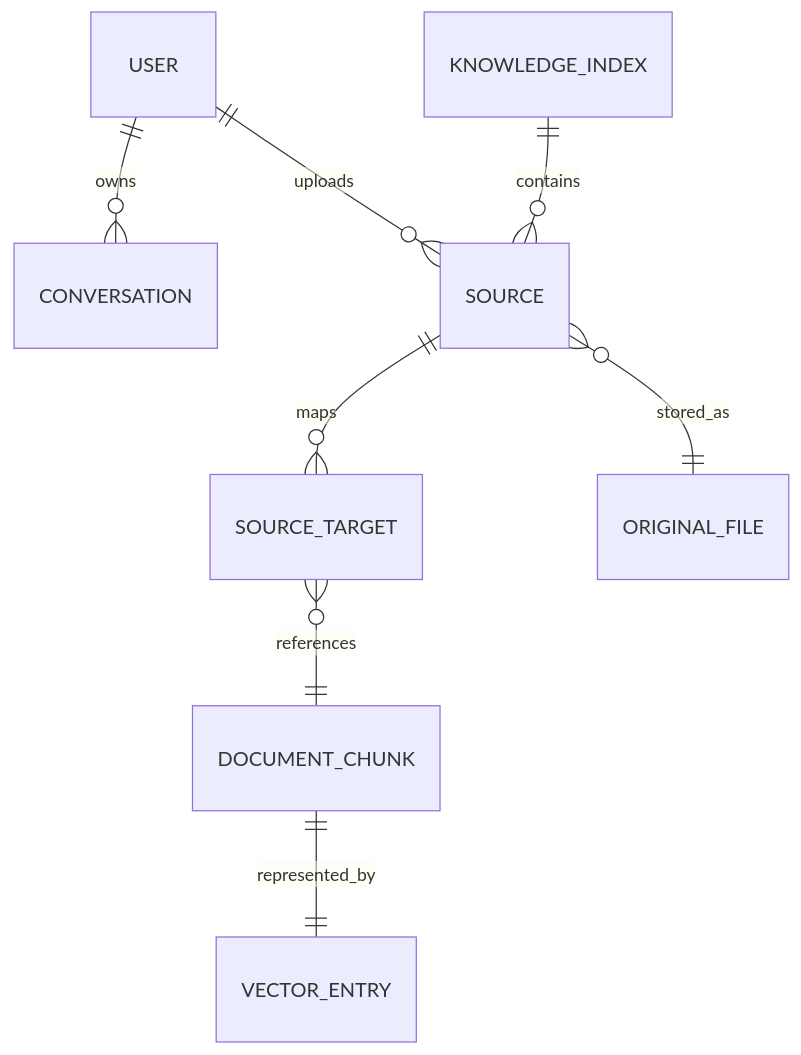
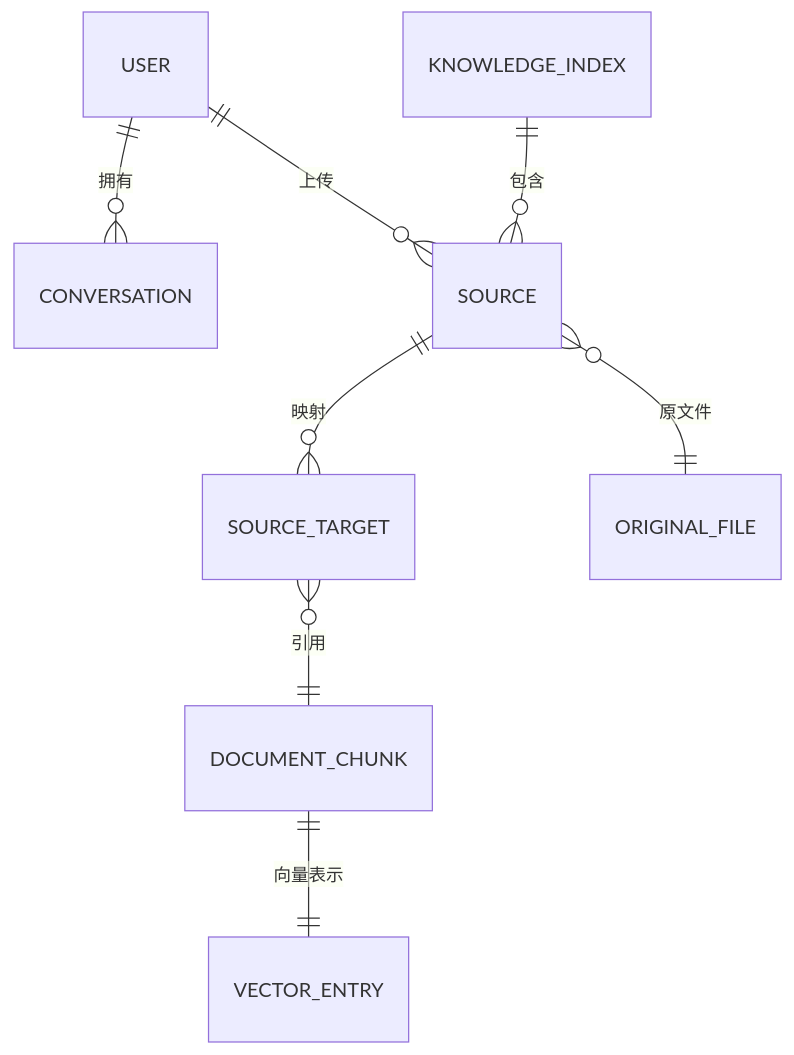
Before and after one commit to SwartzMss/knowledge-assistant: the diagram in docs/development/data-and-configuration.md, drawn with Mermaid. The commit also changed other lines of this file and 10 other files, not shown here.

````diff
--- a/docs/development/data-and-configuration.md
+++ b/docs/development/data-and-configuration.md
@@ -48,10 +44,10 @@
 ```mermaid
 erDiagram
-    USER ||--o{ CONVERSATION : owns
-    USER ||--o{ SOURCE : uploads
-    KNOWLEDGE_INDEX ||--o{ SOURCE : contains
-    SOURCE ||--o{ SOURCE_TARGET : maps
-    SOURCE_TARGET }o--|| DOCUMENT_CHUNK : references
-    DOCUMENT_CHUNK ||--|| VECTOR_ENTRY : represented_by
-    SOURCE }o--|| ORIGINAL_FILE : stored_as
+    USER ||--o{ CONVERSATION : 拥有
+    USER ||--o{ SOURCE : 上传
+    KNOWLEDGE_INDEX ||--o{ SOURCE : 包含
+    SOURCE ||--o{ SOURCE_TARGET : 映射
+    SOURCE_TARGET }o--|| DOCUMENT_CHUNK : 引用
+    DOCUMENT_CHUNK ||--|| VECTOR_ENTRY : 向量表示
+    SOURCE }o--|| ORIGINAL_FILE : 原文件
 ```
````
